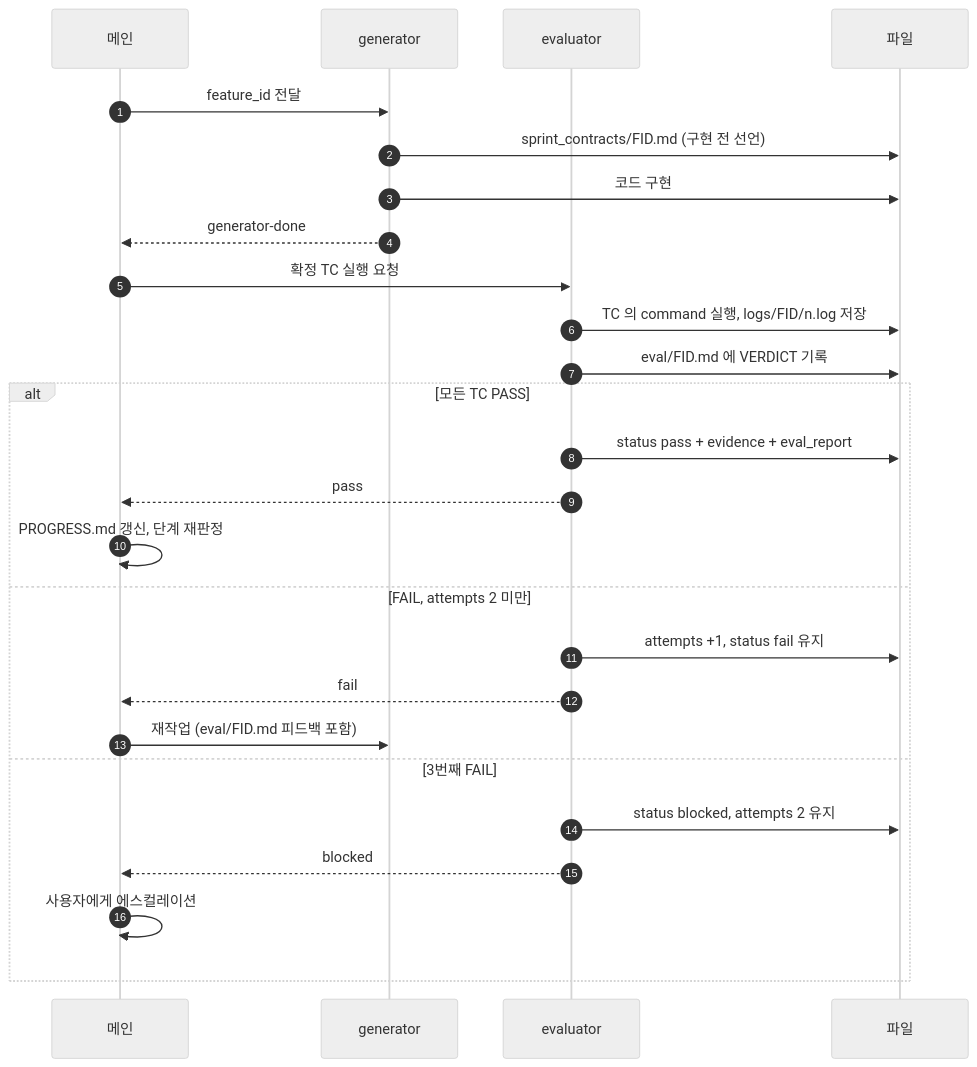
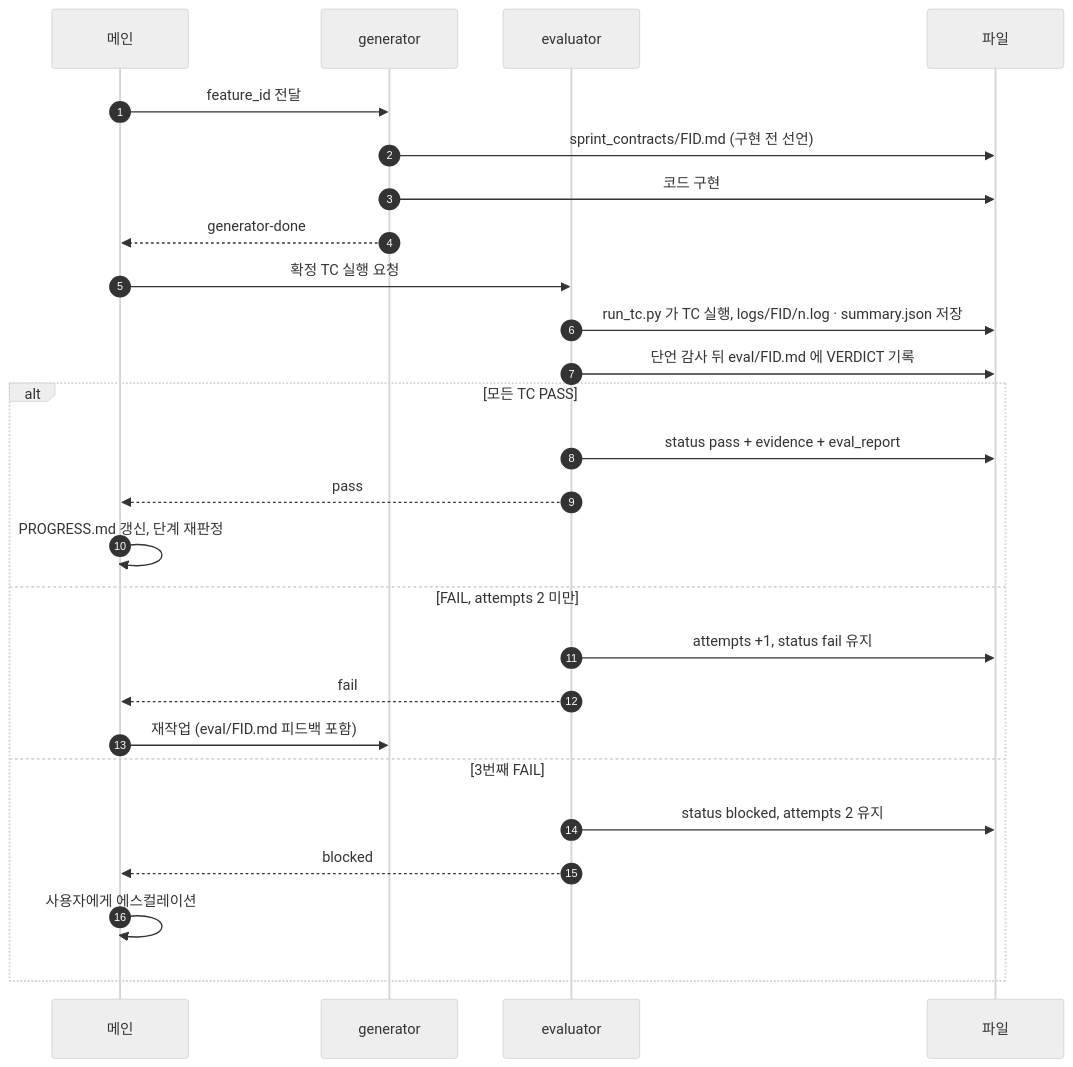
The third of 3 diagrams in plugins/harness-devkit/README.md (kbk109-dev/kbk109-plugins-marketplace), drawn with Mermaid (neutral theme) before and after one commit. The commit also changed other lines of this file and 21 other files, not shown here.

````diff
--- a/plugins/harness-devkit/README.md
+++ b/plugins/harness-devkit/README.md
@@ -144,29 +150,29 @@
 ```mermaid
 sequenceDiagram
   autonumber
   participant M as 메인
   participant G as generator
   participant E as evaluator
   participant F as 파일
 
   M->>G: feature_id 전달
   G->>F: sprint_contracts/FID.md (구현 전 선언)
   G->>F: 코드 구현
   G-->>M: generator-done
   M->>E: 확정 TC 실행 요청
-  E->>F: TC 의 command 실행, logs/FID/n.log 저장
-  E->>F: eval/FID.md 에 VERDICT 기록
+  E->>F: run_tc.py 가 TC 실행, logs/FID/n.log · summary.json 저장
+  E->>F: 단언 감사 뒤 eval/FID.md 에 VERDICT 기록
   alt 모든 TC PASS
     E->>F: status pass + evidence + eval_report
     E-->>M: pass
     M->>M: PROGRESS.md 갱신, 단계 재판정
   else FAIL, attempts 2 미만
     E->>F: attempts +1, status fail 유지
     E-->>M: fail
     M->>G: 재작업 (eval/FID.md 피드백 포함)
   else 3번째 FAIL
     E->>F: status blocked, attempts 2 유지
     E-->>M: blocked
     M->>M: 사용자에게 에스컬레이션
   end
 ```
````
